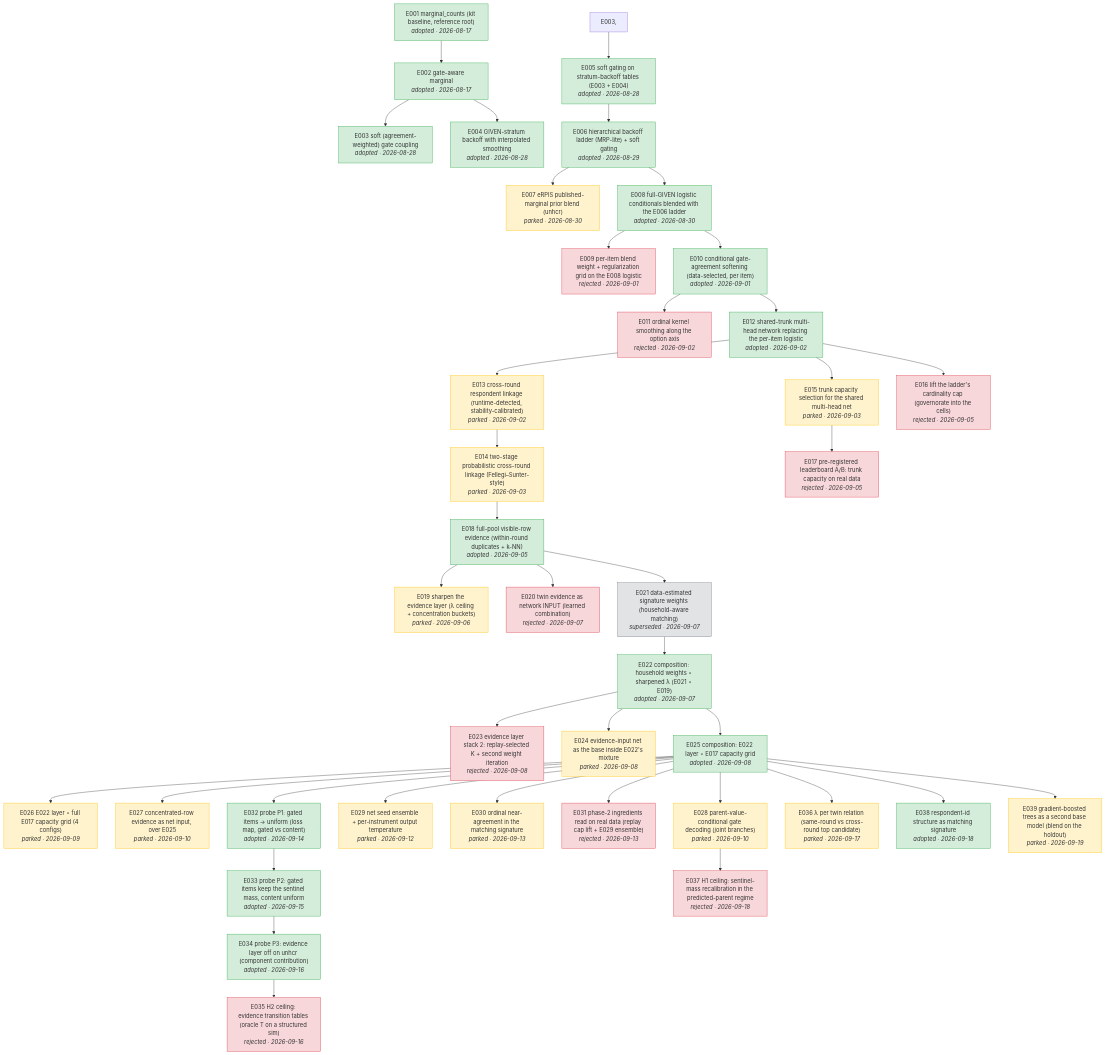
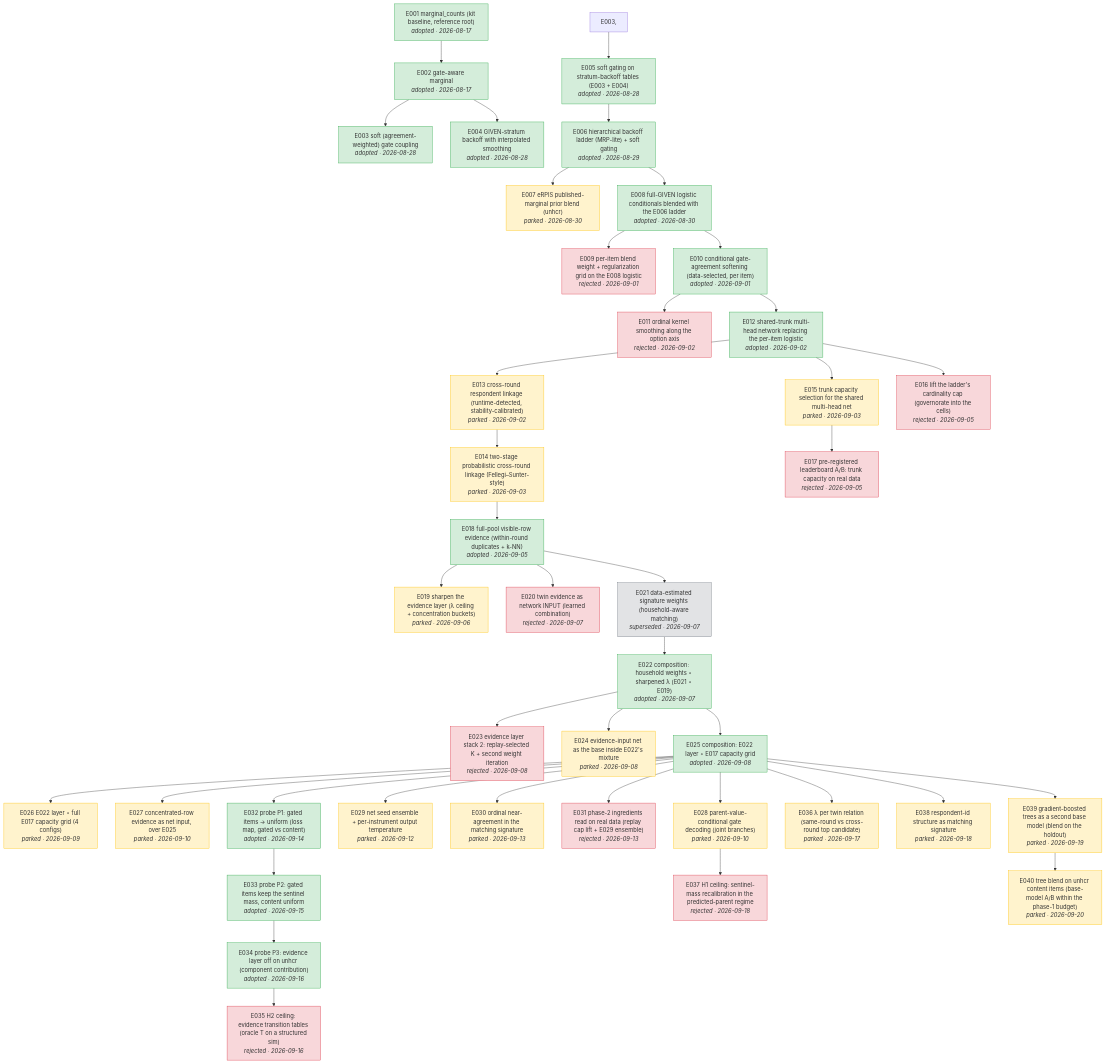
The diagram in docs/tree.md (joon56/Simulacrabench-NeurIPS-2026-), drawn with Mermaid before and after one commit. The commit also changed 6 other files, not shown here.

First line of the commit message:
E040: tree blend restricted to unhcr content items, packaged as submission #24; E038 flat result recorded

````diff
--- a/docs/tree.md
+++ b/docs/tree.md
@@ -77,16 +77,18 @@
     E025 --> E036
     E037["E037 H1 ceiling: sentinel-mass recalibration in the predicted-parent regime<br/><i>rejected · 2026-09-18</i>"]
     E028 --> E037
-    E038["E038 respondent-id structure as matching signature<br/><i>adopted · 2026-09-18</i>"]
+    E038["E038 respondent-id structure as matching signature<br/><i>parked · 2026-09-18</i>"]
     E025 --> E038
     E039["E039 gradient-boosted trees as a second base model (blend on the holdout)<br/><i>parked · 2026-09-19</i>"]
     E025 --> E039
+    E040["E040 tree blend on unhcr content items (base-model A/B within the phase-1 budget)<br/><i>parked · 2026-09-20</i>"]
+    E039 --> E040
     classDef adopted fill:#d4edda,stroke:#28a745
-    class E001,E002,E003,E004,E005,E006,E008,E010,E012,E018,E022,E025,E032,E033,E034,E038 adopted
+    class E001,E002,E003,E004,E005,E006,E008,E010,E012,E018,E022,E025,E032,E033,E034 adopted
     classDef rejected fill:#f8d7da,stroke:#dc3545
     class E009,E011,E016,E017,E020,E023,E031,E035,E037 rejected
     classDef parked fill:#fff3cd,stroke:#ffc107
-    class E007,E013,E014,E015,E019,E024,E026,E027,E028,E029,E030,E036,E039 parked
+    class E007,E013,E014,E015,E019,E024,E026,E027,E028,E029,E030,E036,E038,E039,E040 parked
     classDef superseded fill:#e2e3e5,stroke:#6c757d
     class E021 superseded
 ```
````
